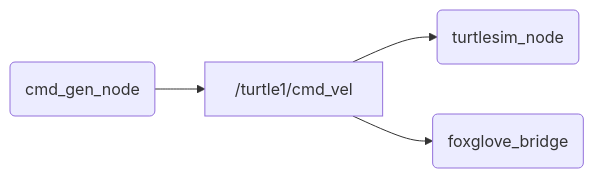
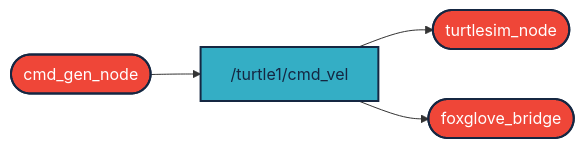
One commit to sze-info/arj changed the second of 2 diagrams in docs/bevezetes/ros2gyak.md. Above: the diagram before and after it, drawn with Mermaid. The commit also changed other lines of this file and 2 other files, not shown here.

Commit message:
Folyamtábrák frissítve mermaid leírás szerint

````diff
--- a/docs/bevezetes/ros2gyak.md
+++ b/docs/bevezetes/ros2gyak.md
@@ -243,8 +248,13 @@
 ```mermaid
 flowchart LR
 
-C[ /turtle1/cmd_vel] --> S(turtlesim_node)
-C[ /turtle1/cmd_vel] --> F(foxglove_bridge)
-G(cmd_gen_node)--> C
+C[ /turtle1/cmd_vel]:::light --> S([turtlesim_node]):::red
+C[ /turtle1/cmd_vel] --> F([foxglove_bridge]):::red
+G([cmd_gen_node]):::red--> C
+
+classDef light fill:#34aec5,stroke:#152742,stroke-width:2px,color:#152742  
+classDef dark fill:#152742,stroke:#34aec5,stroke-width:2px,color:#34aec5
+classDef white fill:#ffffff,stroke:#152742,stroke-width:2px,color:#152742
+classDef red fill:#ef4638,stroke:#152742,stroke-width:2px,color:#fff
 
 ```
````
